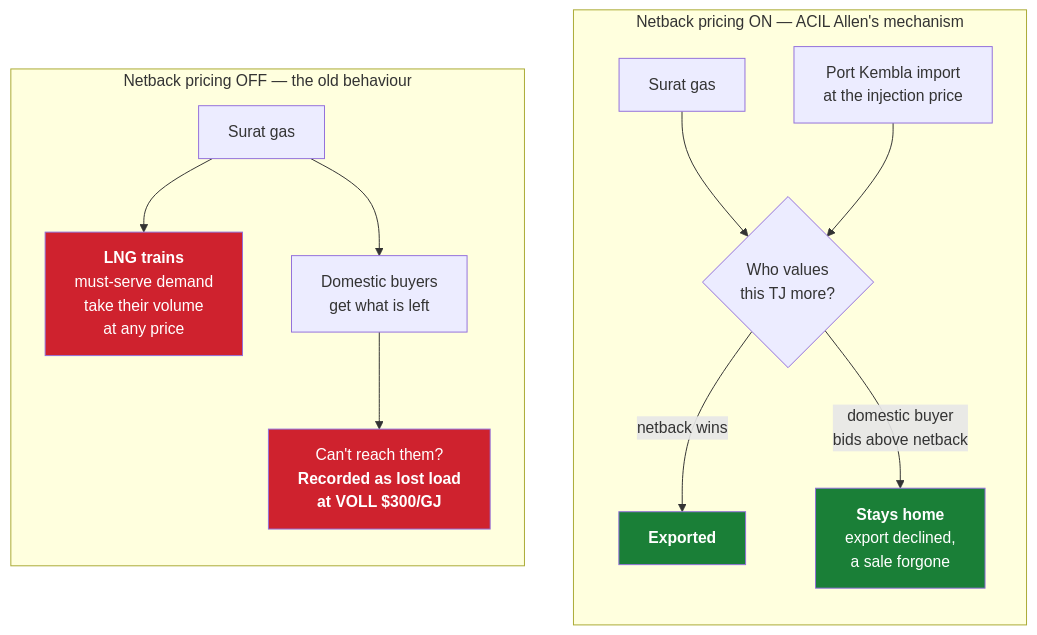
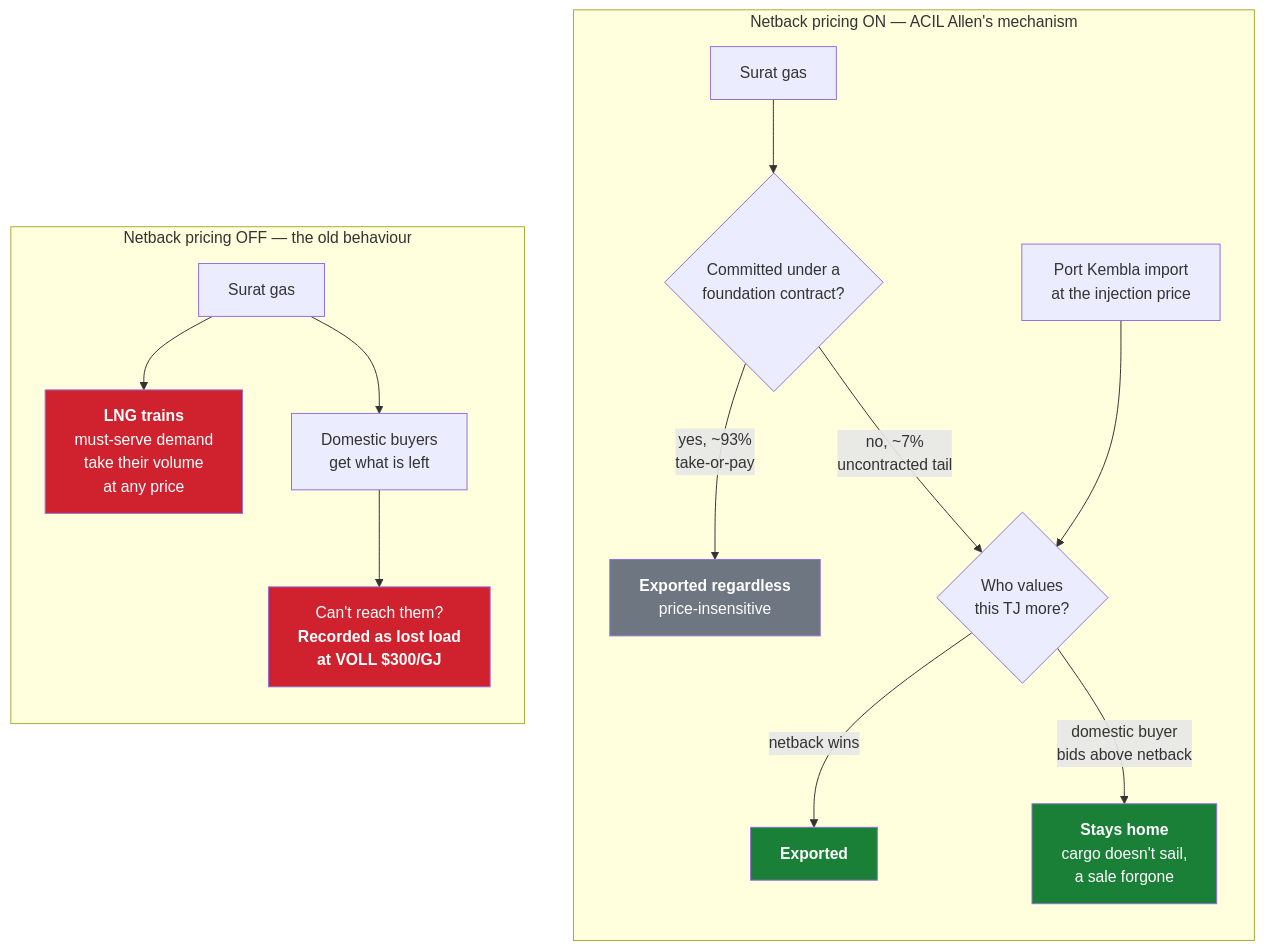
The second of 2 diagrams in README.md (mhs795/GARY-gas-allocation-and-regional-yield), drawn with Mermaid before and after one commit. The commit also changed other lines of this file and 8 other files, not shown here.

First line of the commit message:
LNG lever becomes a netback price scenario; split exports into foundation contracts and a contestable spot tail

````diff
--- a/README.md
+++ b/README.md
@@ -398,26 +401,29 @@
 ```mermaid
 flowchart LR
     subgraph OFF["Netback pricing OFF — the old behaviour"]
         direction TB
         O1["Surat gas"] --> O2["<b>LNG trains</b><br/>must-serve demand<br/>take their volume<br/>at any price"]
         O1 --> O3["Domestic buyers<br/>get what is left"]
         O3 --> O4["Can't reach them?<br/><b>Recorded as lost load<br/>at VOLL $300/GJ</b>"]
     end
 
     subgraph ON["Netback pricing ON — ACIL Allen's mechanism"]
         direction TB
-        N1["Surat gas"] --> N2{"Who values<br/>this TJ more?"}
+        N1["Surat gas"] --> N0{"Committed under a<br/>foundation contract?"}
+        N0 -- "yes, ~93%<br/>take-or-pay" --> N6["<b>Exported regardless</b><br/>price-insensitive"]
+        N0 -- "no, ~7%<br/>uncontracted tail" --> N2{"Who values<br/>this TJ more?"}
         N5["Port Kembla import<br/>at the injection price"] --> N2
         N2 -- "netback wins" --> N3["<b>Exported</b>"]
-        N2 -- "domestic buyer<br/>bids above netback" --> N4["<b>Stays home</b><br/>export declined,<br/>a sale forgone"]
+        N2 -- "domestic buyer<br/>bids above netback" --> N4["<b>Stays home</b><br/>cargo doesn't sail,<br/>a sale forgone"]
     end
 
     %% Invisible link: pins OFF to the left of ON so the pair reads
     %% before-then-after rather than in whatever order the layout picks.
     OFF ~~~ ON
 
     style O2 fill:#cf222e,color:#fff
     style O4 fill:#cf222e,color:#fff
     style N3 fill:#1a7f37,color:#fff
     style N4 fill:#1a7f37,color:#fff
+    style N6 fill:#6e7781,color:#fff
 ```
````
